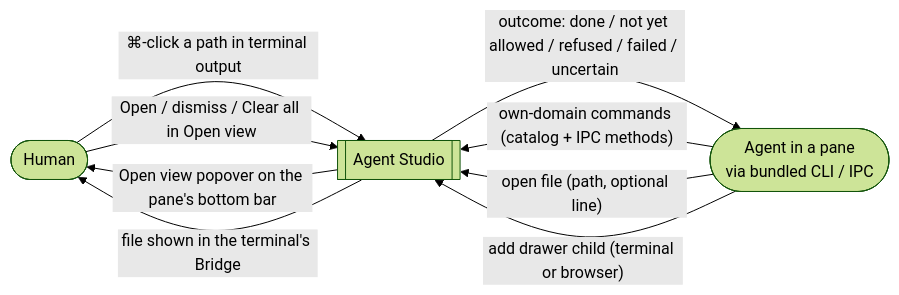
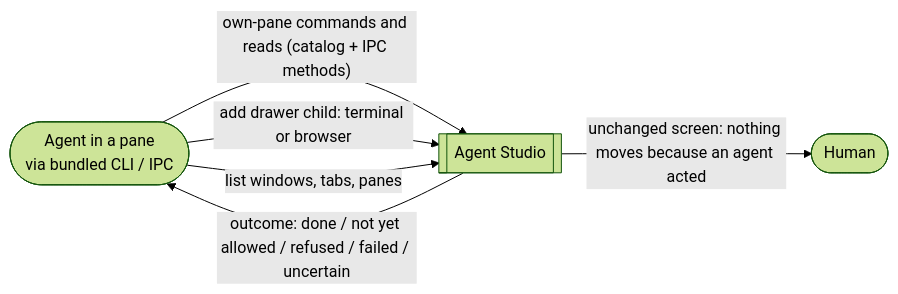
Before and after one commit to ShravanSunder/agentstudio: the first of 2 diagrams in docs/specs/2026-09-23-workspace-ipc-control/specification.md, drawn with Mermaid (forest theme). The commit also changed other lines of this file and 1 other file, not shown here.

First line of the commit message:
Scope workspace IPC control Specification to layer A1

````diff
--- a/docs/specs/2026-09-23-workspace-ipc-control/specification.md
+++ b/docs/specs/2026-09-23-workspace-ipc-control/specification.md
@@ -14,14 +15,11 @@
 ```mermaid
 flowchart LR
+  agent([Agent in a pane<br/>via bundled CLI / IPC])
   human([Human])
-  agent([Agent in a pane<br/>via bundled CLI / IPC])
   app[[Agent Studio]]
-  agent -- "own-domain commands (catalog + IPC methods)" --> app
-  agent -- "open file (path, optional line)" --> app
-  agent -- "add drawer child (terminal or browser)" --> app
+  agent -- "own-pane commands and reads (catalog + IPC methods)" --> app
+  agent -- "add drawer child: terminal or browser" --> app
+  agent -- "list windows, tabs, panes" --> app
   app -- "outcome: done / not yet allowed / refused / failed / uncertain" --> agent
-  human -- "⌘-click a path in terminal output" --> app
-  human -- "Open / dismiss / Clear all in Open view" --> app
-  app -- "Open view popover on the pane's bottom bar" --> human
-  app -- "file shown in the terminal's Bridge" --> human
+  app -- "unchanged screen: nothing moves because an agent acted" --> human
 ```
````
